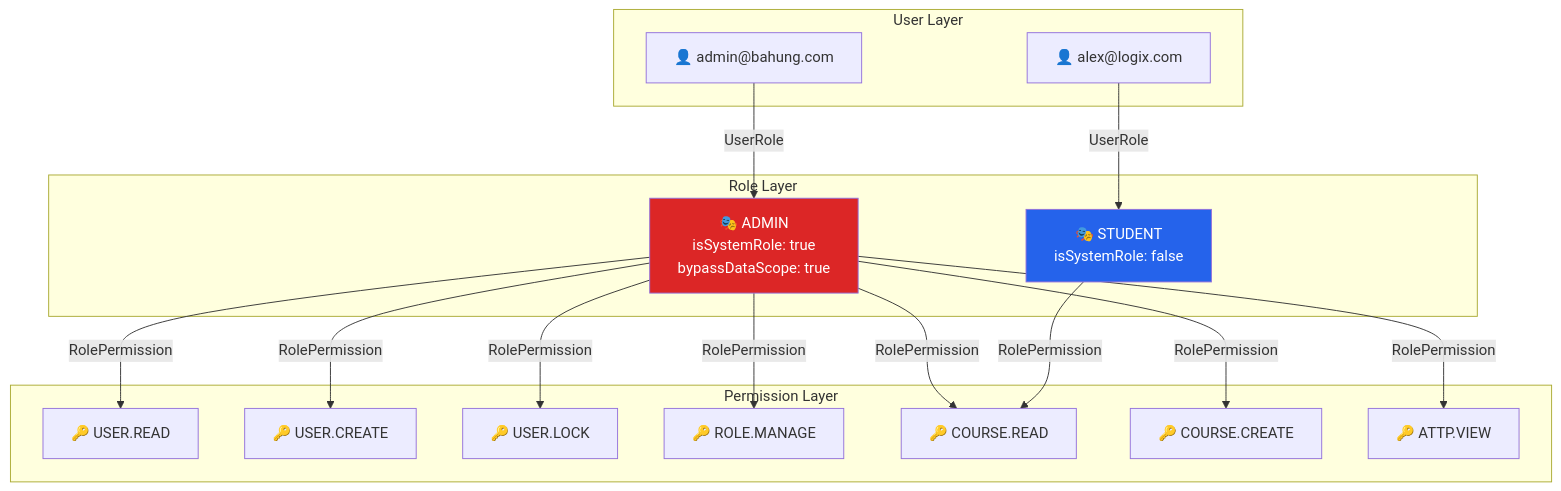
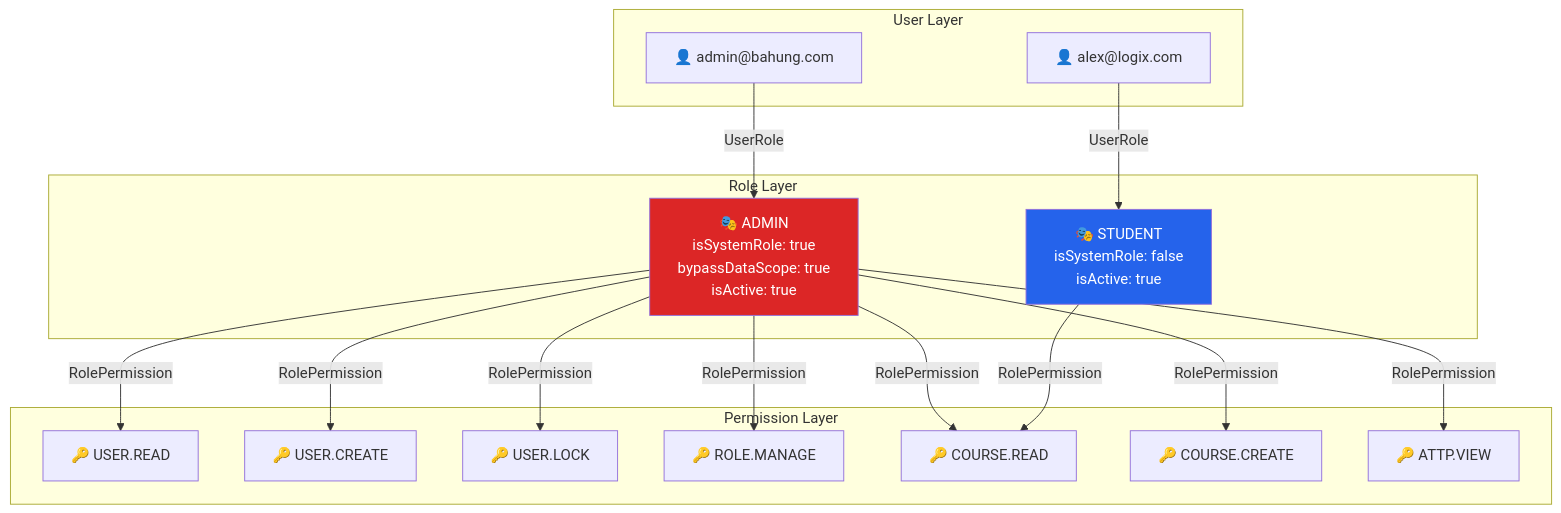
The seventh of 11 diagrams in doc/07-workflow/Auth_and_RBAC_Workflow.md (hungdinh-dev/logix), drawn with Mermaid before and after one commit. The commit also changed other lines of this file, not shown here.

````diff
--- a/doc/07-workflow/Auth_and_RBAC_Workflow.md
+++ b/doc/07-workflow/Auth_and_RBAC_Workflow.md
@@ -449,38 +527,38 @@
 ```mermaid
 graph TB
     subgraph "User Layer"
         U1["👤 admin@bahung.com"]
         U2["👤 alex@logix.com"]
     end
 
     subgraph "Role Layer"
-        R1["🎭 ADMIN<br/>isSystemRole: true<br/>bypassDataScope: true"]
-        R2["🎭 STUDENT<br/>isSystemRole: false"]
+        R1["🎭 ADMIN<br/>isSystemRole: true<br/>bypassDataScope: true<br/>isActive: true"]
+        R2["🎭 STUDENT<br/>isSystemRole: false<br/>isActive: true"]
     end
 
     subgraph "Permission Layer"
         P1["🔑 USER.READ"]
         P2["🔑 USER.CREATE"]
         P3["🔑 USER.LOCK"]
         P4["🔑 ROLE.MANAGE"]
         P5["🔑 COURSE.READ"]
         P6["🔑 COURSE.CREATE"]
         P7["🔑 ATTP.VIEW"]
     end
 
     U1 -->|UserRole| R1
     U2 -->|UserRole| R2
 
     R1 -->|RolePermission| P1
     R1 -->|RolePermission| P2
     R1 -->|RolePermission| P3
     R1 -->|RolePermission| P4
     R1 -->|RolePermission| P5
     R1 -->|RolePermission| P6
     R1 -->|RolePermission| P7
 
     R2 -->|RolePermission| P5
 
     style R1 fill:#dc2626,color:#fff
     style R2 fill:#2563eb,color:#fff
 ```
````
